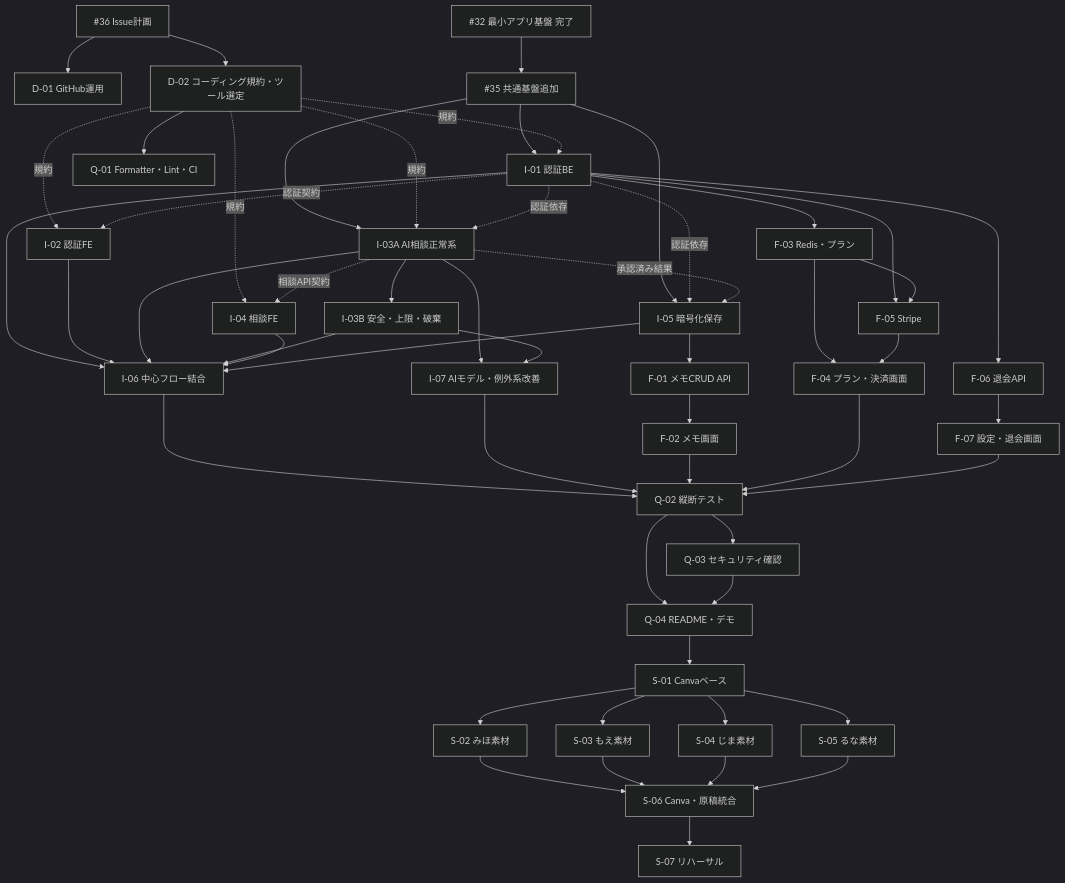
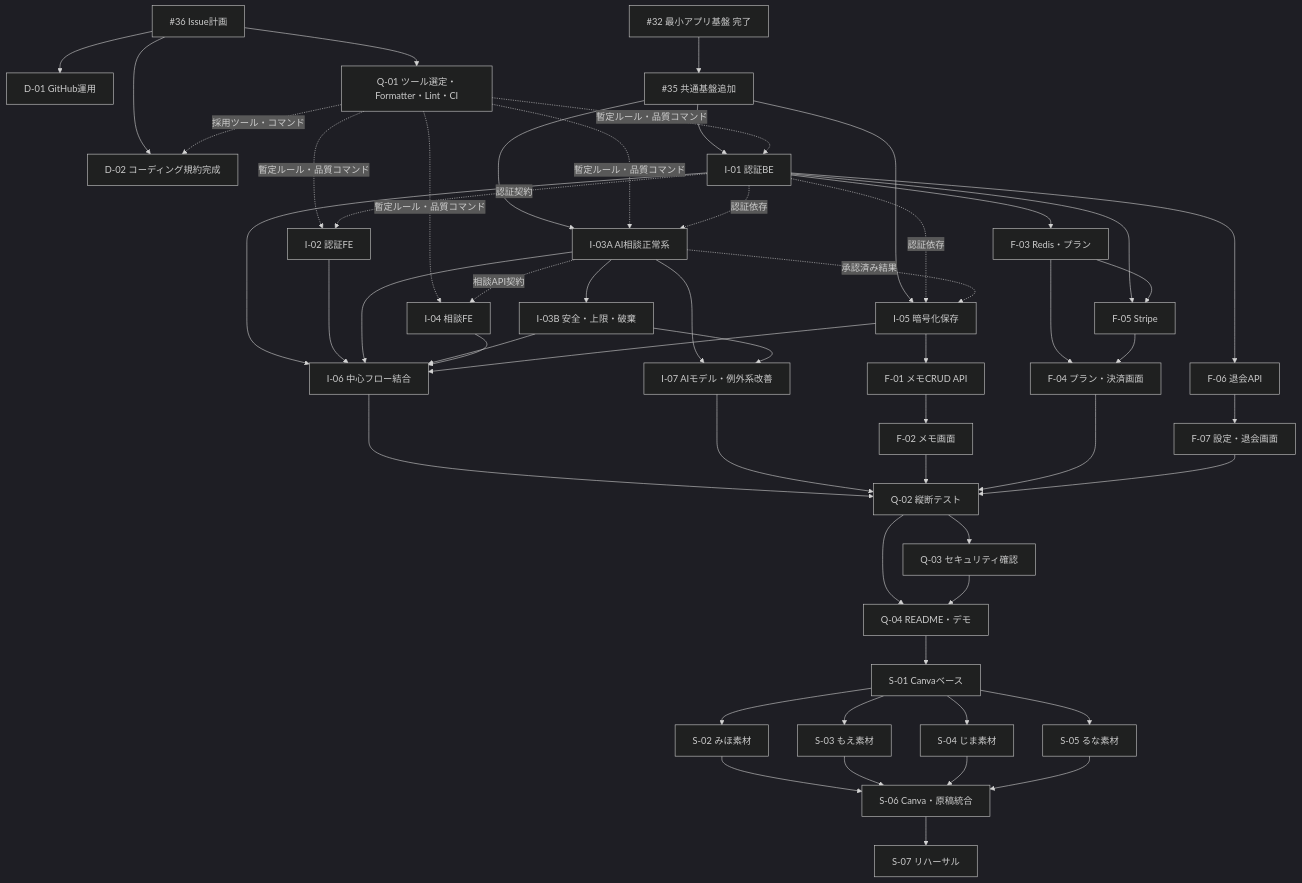
The diagram in docs/sprint3-8-issue-plan.md (ms-engineer-bc26-05/Section9_TeamD), drawn with Mermaid (dark theme) before and after one commit. The commit also changed other lines of this file, not shown here.

````diff
--- a/docs/sprint3-8-issue-plan.md
+++ b/docs/sprint3-8-issue-plan.md
@@ -226,65 +250,66 @@
 ```mermaid
 flowchart TD
     P36["#36 Issue計画"] --> D01["D-01 GitHub運用"]
-    P36 --> D02["D-02 コーディング規約・ツール選定"]
+    P36 --> D02["D-02 コーディング規約完成"]
 
     B32["#32 最小アプリ基盤 完了"] --> B35["#35 共通基盤追加"]
     B35 --> I01["I-01 認証BE"]
     B35 --> I03A["I-03A AI相談正常系"]
     B35 --> I05["I-05 暗号化保存"]
 
-    D02 --> Q01["Q-01 Formatter・Lint・CI"]
-    D02 -.規約.-> I01
-    D02 -.規約.-> I02["I-02 認証FE"]
-    D02 -.規約.-> I03A
-    D02 -.規約.-> I04["I-04 相談FE"]
+    P36 --> Q01["Q-01 ツール選定・Formatter・Lint・CI"]
+    Q01 -.採用ツール・コマンド.-> D02
+    Q01 -.暫定ルール・品質コマンド.-> I01
+    Q01 -.暫定ルール・品質コマンド.-> I02["I-02 認証FE"]
+    Q01 -.暫定ルール・品質コマンド.-> I03A
+    Q01 -.暫定ルール・品質コマンド.-> I04["I-04 相談FE"]
 
     I01 -.認証契約.-> I02
     I01 -.認証依存.-> I03A
     I01 -.認証依存.-> I05
     I03A -.相談API契約.-> I04
     I03A -.承認済み結果.-> I05
     I03A --> I03B["I-03B 安全・上限・破棄"]
 
     I01 --> I06["I-06 中心フロー結合"]
     I02 --> I06
     I03A --> I06
     I03B --> I06
     I04 --> I06
     I05 --> I06
 
     I03A --> I07["I-07 AIモデル・例外系改善"]
     I03B --> I07
     I05 --> F01["F-01 メモCRUD API"]
     F01 --> F02["F-02 メモ画面"]
 
     I01 --> F03["F-03 Redis・プラン"]
     F03 --> F04["F-04 プラン・決済画面"]
     I01 --> F05["F-05 Stripe"]
     F03 --> F05
     F05 --> F04
 
     I01 --> F06["F-06 退会API"]
     F06 --> F07["F-07 設定・退会画面"]
 
     I06 --> Q02["Q-02 縦断テスト"]
     I07 --> Q02
     F02 --> Q02
     F04 --> Q02
     F07 --> Q02
 
     Q02 --> Q03["Q-03 セキュリティ確認"]
     Q02 --> Q04["Q-04 README・デモ"]
     Q03 --> Q04
 
     Q04 --> S01["S-01 Canvaベース"]
     S01 --> S02["S-02 みほ素材"]
     S01 --> S03["S-03 もえ素材"]
     S01 --> S04["S-04 じま素材"]
     S01 --> S05["S-05 るな素材"]
     S02 --> S06["S-06 Canva・原稿統合"]
     S03 --> S06
     S04 --> S06
     S05 --> S06
     S06 --> S07["S-07 リハーサル"]
 ```
````
